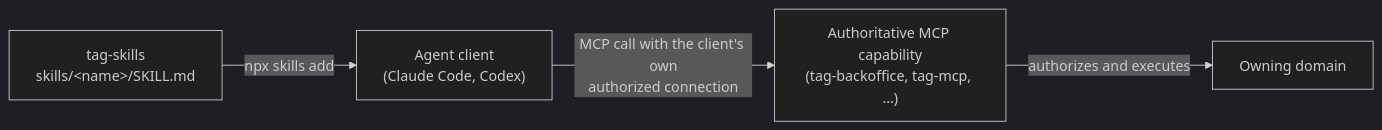
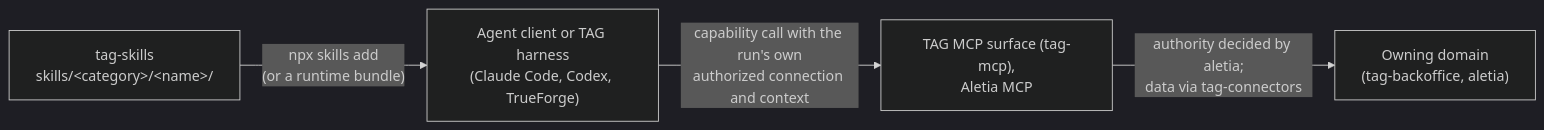
Before and after one commit to theapotheosisgroup/tag-skills: the diagram in ARCHITECTURE.md, drawn with Mermaid (dark theme). The commit also changed other lines of this file and 232 other files, not shown here.

First line of the commit message:
feat: ship the 24-skill TAG catalog with provenance, profiles and finance workflow

````diff
--- a/ARCHITECTURE.md
+++ b/ARCHITECTURE.md
@@ -5,6 +5,6 @@
 ```mermaid
 flowchart LR
-  repo["tag-skills<br/>skills/&lt;name&gt;/SKILL.md"] -- "npx skills add" --> client["Agent client<br/>(Claude Code, Codex)"]
-  client -- "MCP call with the client's own<br/>authorized connection" --> mcp["Authoritative MCP capability<br/>(tag-backoffice, tag-mcp, ...)"]
-  mcp -- "authorizes and executes" --> domain["Owning domain"]
+  repo["tag-skills<br/>skills/&lt;category&gt;/&lt;name&gt;/"] -- "npx skills add<br/>(or a runtime bundle)" --> client["Agent client or TAG harness<br/>(Claude Code, Codex, TrueForge)"]
+  client -- "capability call with the run's own<br/>authorized connection and context" --> mcp["TAG MCP surface (tag-mcp),<br/>Aletia MCP"]
+  mcp -- "authority decided by aletia;<br/>data via tag-connectors" --> domain["Owning domain<br/>(tag-backoffice, aletia)"]
 ```
````
